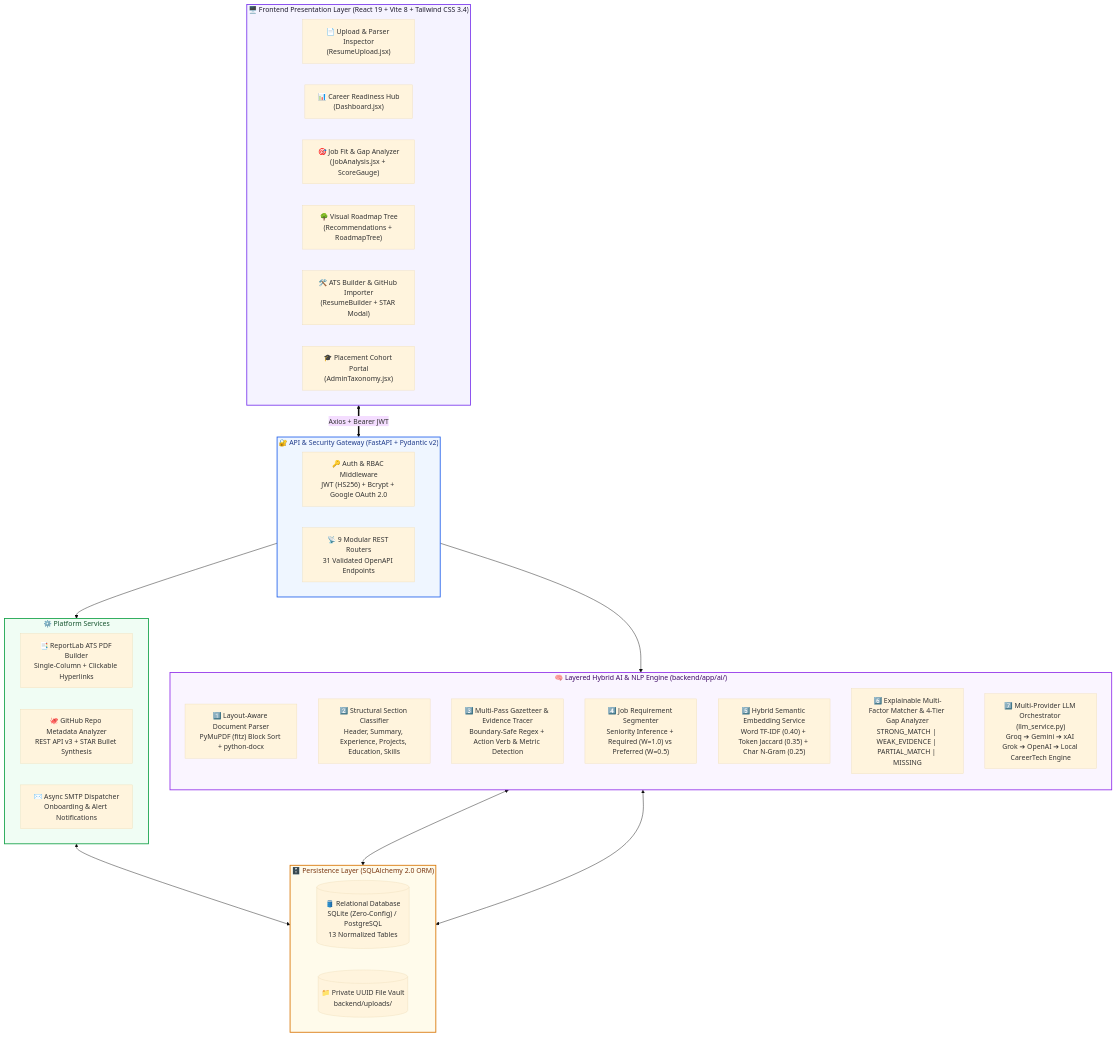
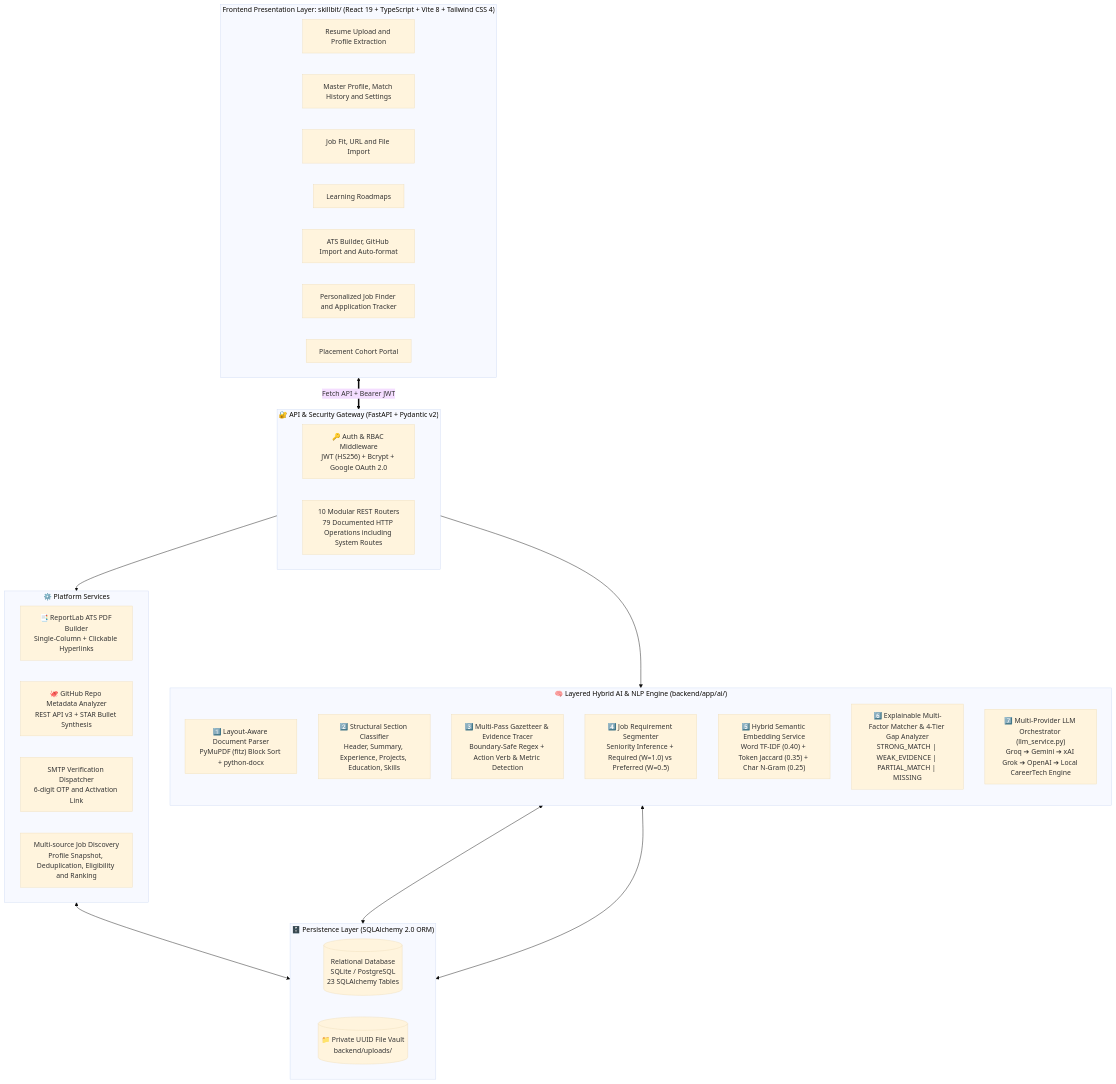
Before and after one commit to tanishikpremi/SkillBit-AI-Resume-Builder-Skill-Gap-Analyzer: the second of 10 diagrams in README.md, drawn with Mermaid (base theme). The commit also changed other lines of this file, not shown here.

Commit message:
Update README features and architecture diagrams

````diff
--- a/README.md
+++ b/README.md
@@ -133,55 +136,53 @@
 ```mermaid
 flowchart TB
-    subgraph CLIENT["🖥️ Frontend Presentation Layer (React 19 + Vite 8 + Tailwind CSS 3.4)"]
+    subgraph CLIENT["Frontend Presentation Layer: skillbit/ (React 19 + TypeScript + Vite 8 + Tailwind CSS 4)"]
         direction LR
-        UI_UPLOAD["📄 Upload & Parser Inspector\n(ResumeUpload.jsx)"]
-        UI_DASH["📊 Career Readiness Hub\n(Dashboard.jsx)"]
-        UI_MATCH["🎯 Job Fit & Gap Analyzer\n(JobAnalysis.jsx + ScoreGauge)"]
-        UI_ROAD["🌳 Visual Roadmap Tree\n(Recommendations + RoadmapTree)"]
-        UI_BUILD["🛠️ ATS Builder & GitHub Importer\n(ResumeBuilder + STAR Modal)"]
-        UI_ADMIN["🎓 Placement Cohort Portal\n(AdminTaxonomy.jsx)"]
+        UI_UPLOAD["Resume Upload and Profile Extraction"]
+        UI_DASH["Master Profile, Match History and Settings"]
+        UI_MATCH["Job Fit, URL and File Import"]
+        UI_ROAD["Learning Roadmaps"]
+        UI_BUILD["ATS Builder, GitHub Import and Auto-format"]
+        UI_JOBS["Personalized Job Finder and Application Tracker"]
+        UI_ADMIN["Placement Cohort Portal"]
     end
 
     subgraph GATEWAY["🔐 API & Security Gateway (FastAPI + Pydantic v2)"]
         direction LR
         AUTH["🔑 Auth & RBAC Middleware\nJWT (HS256) + Bcrypt + Google OAuth 2.0"]
-        ROUTERS["📡 9 Modular REST Routers\n31 Validated OpenAPI Endpoints"]
+        ROUTERS["10 Modular REST Routers\n79 Documented HTTP Operations including System Routes"]
     end
 
     subgraph AI_CORE["🧠 Layered Hybrid AI & NLP Engine (backend/app/ai/)"]
         direction TB
         PARSER["1️⃣ Layout-Aware Document Parser\nPyMuPDF (fitz) Block Sort + python-docx"]
         CLASSIFIER["2️⃣ Structural Section Classifier\nHeader, Summary, Experience, Projects, Education, Skills"]
         EXTRACTOR["3️⃣ Multi-Pass Gazetteer & Evidence Tracer\nBoundary-Safe Regex + Action Verb & Metric Detection"]
         JOB_NLP["4️⃣ Job Requirement Segmenter\nSeniority Inference + Required (W=1.0) vs Preferred (W=0.5)"]
         EMBED["5️⃣ Hybrid Semantic Embedding Service\nWord TF-IDF (0.40) + Token Jaccard (0.35) + Char N-Gram (0.25)"]
         MATCHER["6️⃣ Explainable Multi-Factor Matcher & 4-Tier Gap Analyzer\nSTRONG_MATCH | WEAK_EVIDENCE | PARTIAL_MATCH | MISSING"]
         LLM_ROUTER["7️⃣ Multi-Provider LLM Orchestrator (llm_service.py)\nGroq ➔ Gemini ➔ xAI Grok ➔ OpenAI ➔ Local CareerTech Engine"]
     end
 
     subgraph SERVICES["⚙️ Platform Services"]
         direction LR
         PDF_SVC["📑 ReportLab ATS PDF Builder\nSingle-Column + Clickable Hyperlinks"]
         GH_SVC["🐙 GitHub Repo Metadata Analyzer\nREST API v3 + STAR Bullet Synthesis"]
-        EMAIL_SVC["✉️ Async SMTP Dispatcher\nOnboarding & Alert Notifications"]
+        EMAIL_SVC["SMTP Verification Dispatcher\n6-digit OTP and Activation Link"]
+                DISCOVERY_SVC["Multi-source Job Discovery\nProfile Snapshot, Deduplication, Eligibility and Ranking"]
     end
 
     subgraph DATA["🗄️ Persistence Layer (SQLAlchemy 2.0 ORM)"]
         direction LR
-        DB[("🛢️ Relational Database\nSQLite (Zero-Config) / PostgreSQL\n13 Normalized Tables")]
+        DB[("Relational Database\nSQLite / PostgreSQL\n23 SQLAlchemy Tables")]
         FS[("📁 Private UUID File Vault\nbackend/uploads/")]
     end
 
-    CLIENT <==>|"Axios + Bearer JWT"| GATEWAY
+    CLIENT <==>|"Fetch API + Bearer JWT"| GATEWAY
     GATEWAY --> AI_CORE
     GATEWAY --> SERVICES
     AI_CORE <--> DB
     SERVICES <--> DB
     PARSER <--> FS
 
-    style CLIENT fill:#f5f3ff,stroke:#7c3aed,stroke-width:2px,color:#1e1b2e
-    style GATEWAY fill:#eff6ff,stroke:#2563eb,stroke-width:2px,color:#1e3a8a
-    style AI_CORE fill:#faf5ff,stroke:#9333ea,stroke-width:2px,color:#3b0764
-    style SERVICES fill:#f0fdf4,stroke:#16a34a,stroke-width:2px,color:#14532d
-    style DATA fill:#fffbeb,stroke:#d97706,stroke-width:2px,color:#78350f
+
 ```
````
